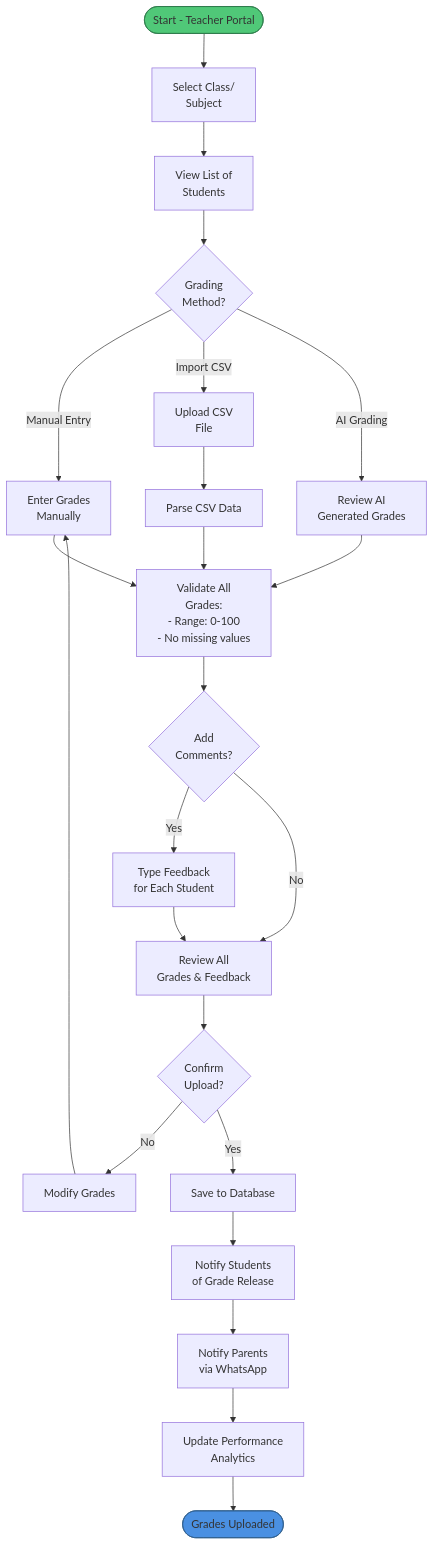
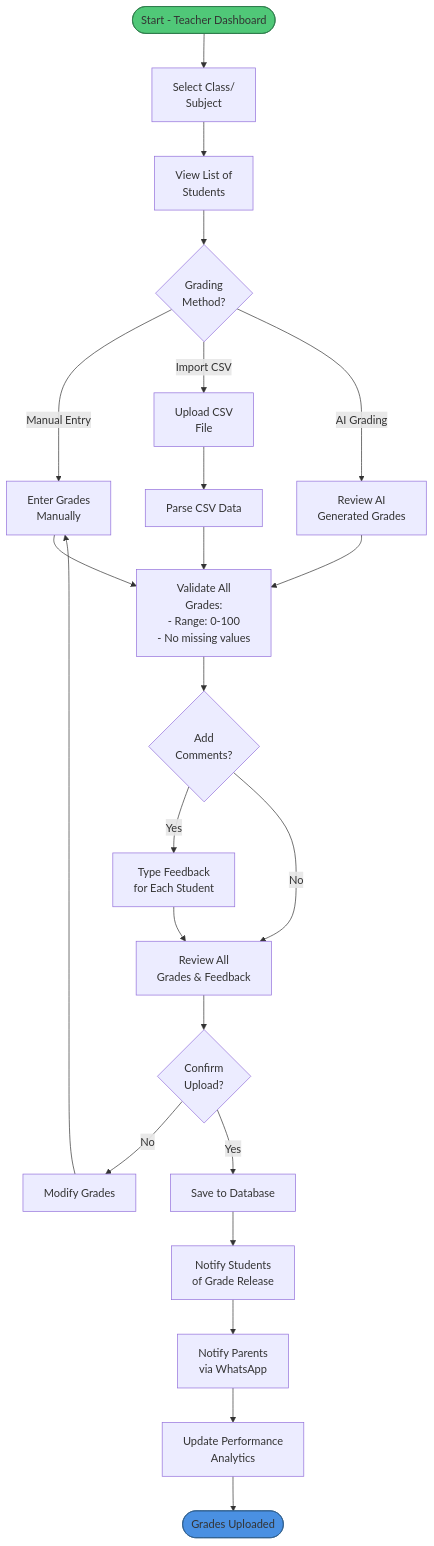
Diagram 19 of 48 in docs/doc.md (menna3lwan/mentor-x-app), drawn with Mermaid before and after one commit. The commit also changed other lines of this file and 2 other files, not shown here.

````diff
--- a/docs/doc.md
+++ b/docs/doc.md
@@ -4348,28 +4353,28 @@
 ```mermaid
 graph TD
-    Start([Start - Teacher Portal]) --> SelectClass["Select Class/<br/>Subject"]
+    Start([Start - Teacher Dashboard]) --> SelectClass["Select Class/<br/>Subject"]
     SelectClass --> ViewStudents["View List of<br/>Students"]
     ViewStudents --> ChooseGrading{Grading<br/>Method?}
     ChooseGrading -->|Manual Entry| EnterGrades["Enter Grades<br/>Manually"]
     ChooseGrading -->|Import CSV| UploadCSV["Upload CSV<br/>File"]
     ChooseGrading -->|AI Grading| ReviewAI["Review AI<br/>Generated Grades"]
     EnterGrades --> ValidateGrades
     UploadCSV --> ParseCSV["Parse CSV Data"]
     ParseCSV --> ValidateGrades
     ReviewAI --> ValidateGrades["Validate All<br/>Grades:<br/>- Range: 0-100<br/>- No missing values"]
     ValidateGrades --> AddComments{Add<br/>Comments?}
     AddComments -->|Yes| TypeFeedback["Type Feedback<br/>for Each Student"]
     TypeFeedback --> ReviewAll
     AddComments -->|No| ReviewAll["Review All<br/>Grades & Feedback"]
     ReviewAll --> ConfirmUpload{Confirm<br/>Upload?}
     ConfirmUpload -->|No| ModifyGrades["Modify Grades"]
     ModifyGrades --> EnterGrades
     ConfirmUpload -->|Yes| SaveGrades["Save to Database"]
     SaveGrades --> NotifyStudents["Notify Students<br/>of Grade Release"]
     NotifyStudents --> NotifyParents["Notify Parents<br/>via WhatsApp"]
     NotifyParents --> UpdateAnalytics["Update Performance<br/>Analytics"]
     UpdateAnalytics --> Success([Grades Uploaded])
 
     style Start fill:#50C878,stroke:#2D7A4A
     style Success fill:#4A90E2,stroke:#2E5C8A
 ```
````
